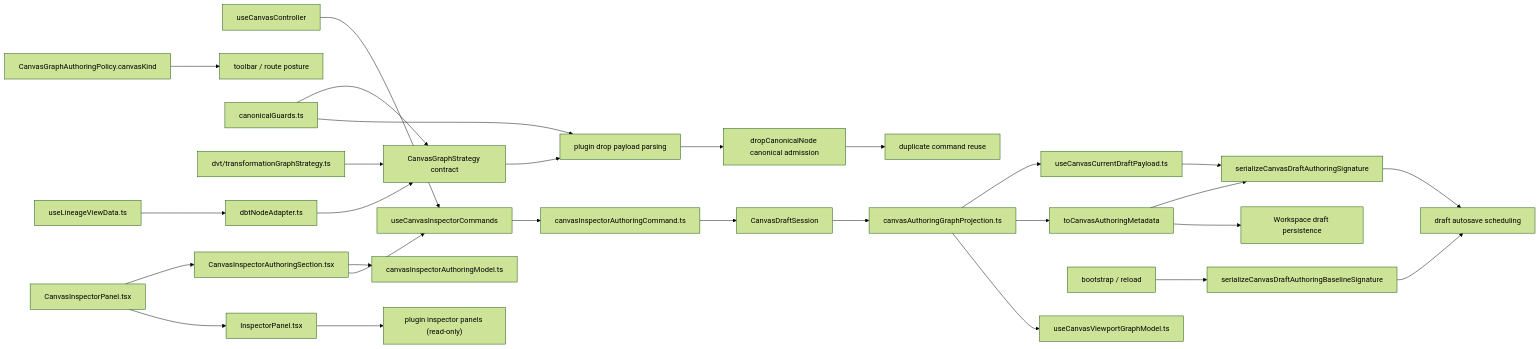
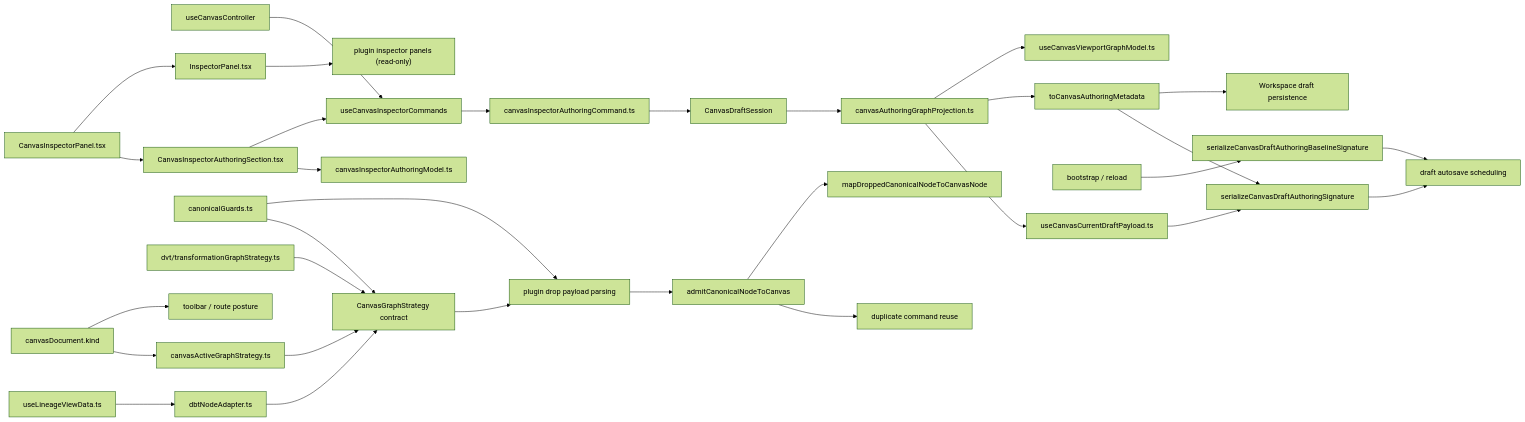
One commit to dunay2/dvt changed the first of 3 diagrams in docs/architecture/components/web/graph/canvas-inspector-authoring-component.md. Above: the diagram before and after it, drawn with Mermaid (forest theme). The commit also changed other lines of this file and 5 other files, not shown here.

Commit message:
docs(docs): Update Canvas graph strategy boundary docs

````diff
--- a/docs/architecture/components/web/graph/canvas-inspector-authoring-component.md
+++ b/docs/architecture/components/web/graph/canvas-inspector-authoring-component.md
@@ -131,31 +131,34 @@
 ```mermaid
 flowchart LR
   Controller["useCanvasController"] --> Commands["useCanvasInspectorCommands"]
   Commands --> Command["canvasInspectorAuthoringCommand.ts"]
   Command --> Session["CanvasDraftSession"]
   Session --> Projection["canvasAuthoringGraphProjection.ts"]
   Projection --> Payload["useCanvasCurrentDraftPayload.ts"]
   Payload --> Signature["serializeCanvasDraftAuthoringSignature"]
   Projection --> Metadata["toCanvasAuthoringMetadata"]
   Metadata --> Signature
   Metadata --> Persist["Workspace draft persistence"]
   Bootstrap["bootstrap / reload"] --> Baseline["serializeCanvasDraftAuthoringBaselineSignature"]
   Baseline --> Autosave
   Signature --> Autosave["draft autosave scheduling"]
   Projection --> Viewport["useCanvasViewportGraphModel.ts"]
   StrategyContract["CanvasGraphStrategy contract"] --> ParseDrop["plugin drop payload parsing"]
-  StrategyPolicy["CanvasGraphAuthoringPolicy.canvasKind"] --> Toolbar["toolbar / route posture"]
+  CanvasDocument["canvasDocument.kind"] --> ActiveStrategy["canvasActiveGraphStrategy.ts"]
+  CanvasDocument --> Toolbar["toolbar / route posture"]
+  ActiveStrategy --> StrategyContract
   CanonicalGuards["canonicalGuards.ts"] --> StrategyContract
   CanonicalGuards --> ParseDrop
-  ParseDrop --> Drop["dropCanonicalNode canonical admission"]
-  Drop --> Duplicate["duplicate command reuse"]
+  ParseDrop --> Admission["admitCanonicalNodeToCanvas"]
+  Admission --> Duplicate["duplicate command reuse"]
+  Admission --> ViewportMapper["mapDroppedCanonicalNodeToCanvasNode"]
   DvtStrategy["dvt/transformationGraphStrategy.ts"] --> StrategyContract
   DbtAdapter["dbtNodeAdapter.ts"] --> StrategyContract
   Lineage["useLineageViewData.ts"] --> DbtAdapter
 
   Panel["CanvasInspectorPanel.tsx"] --> Section["CanvasInspectorAuthoringSection.tsx"]
   Panel --> Passive["InspectorPanel.tsx"]
   Section --> Model["canvasInspectorAuthoringModel.ts"]
   Section --> Commands
   Passive --> PluginPanels["plugin inspector panels (read-only)"]
 ```
````
